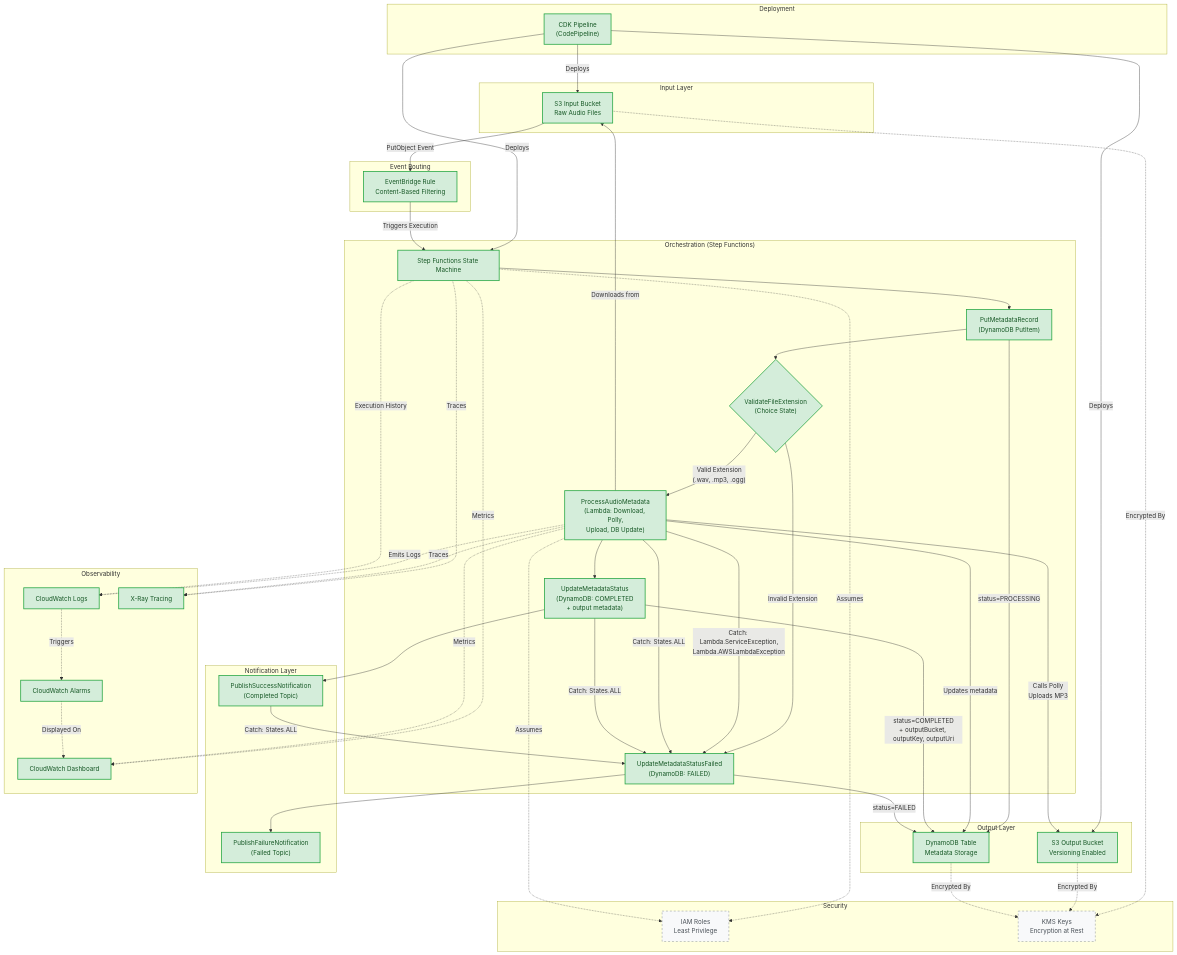
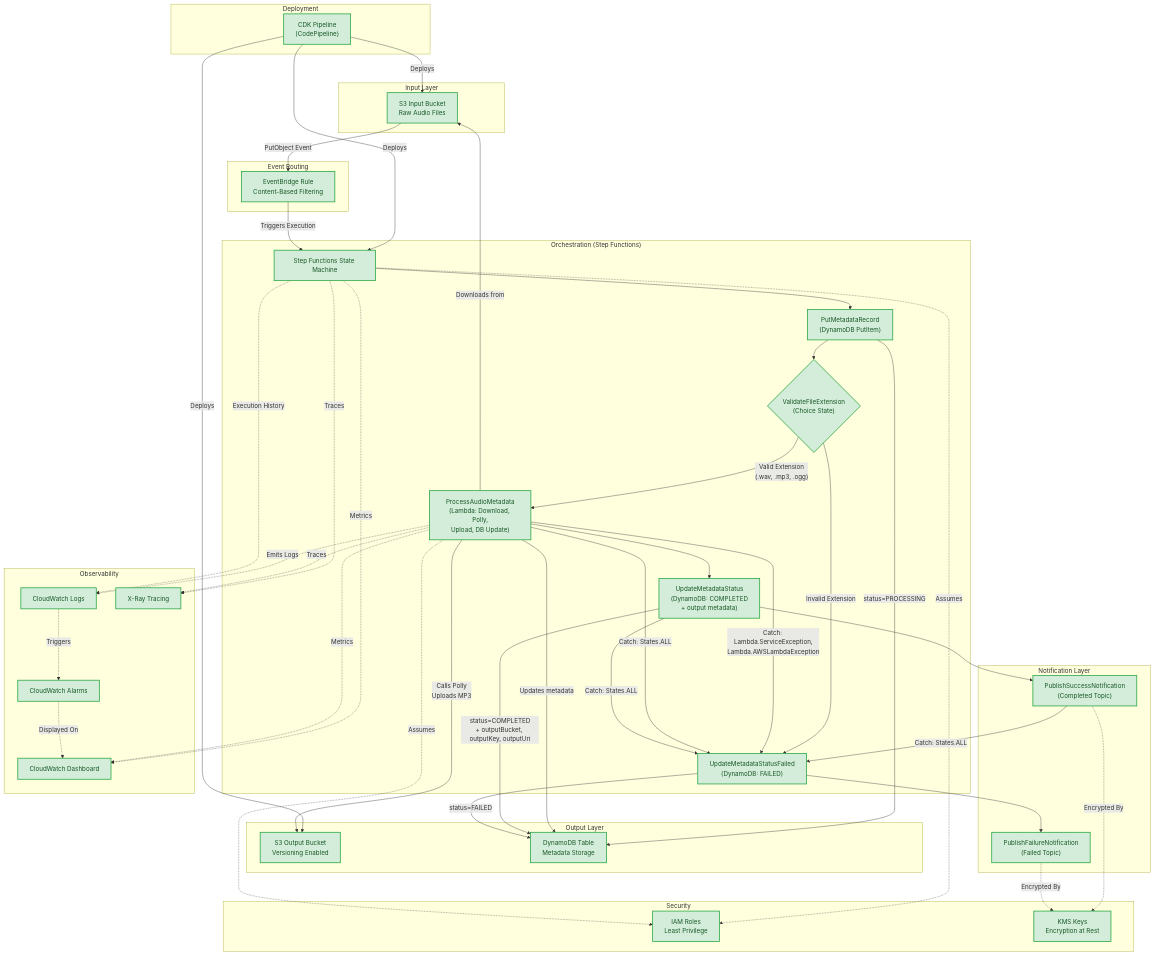
Before and after one commit to obstreperous-ai/cdk-sleep-java-kiro: the diagram in ARCHITECTURE.md, drawn with Mermaid. The commit also changed other lines of this file and 5 other files, not shown here.

````diff
--- a/ARCHITECTURE.md
+++ b/ARCHITECTURE.md
@@ -422,20 +422,13 @@
     ProcessAudio -.->|"Metrics"| CWDashboard
 
     %% Security connections
-    S3Input -.->|"Encrypted By"| KMSKeys
-    S3Output -.->|"Encrypted By"| KMSKeys
-    DDB -.->|"Encrypted By"| KMSKeys
+    SuccessPath -.->|"Encrypted By"| KMSKeys
+    ErrorPath -.->|"Encrypted By"| KMSKeys
     SFN -.->|"Assumes"| IAMRoles
     ProcessAudio -.->|"Assumes"| IAMRoles
 
-    %% Styling: Green for implemented components, gray/dashed for planned
+    %% Styling: Green for all implemented components
     classDef implemented fill:#d4edda,stroke:#28a745,stroke-width:2px,color:#155724
-    classDef planned fill:#f8f9fa,stroke:#6c757d,stroke-width:1px,stroke-dasharray:5 5,color:#495057
 
-    class S3Input,S3Output,EBRule,SFN,PutMetadata,ValidateExt,ProcessAudio,UpdateCompleted,UpdateFailed,DDB,SuccessPath,ErrorPath,CDKPipeline,CWLogs,CWAlarms,XRay,CWDashboard implemented
-    class IAMRoles,KMSKeys planned
-
-    %% Legend:
-    %% Green (solid border) = Implemented
-    %% Gray (dashed border) = Planned
+    class S3Input,S3Output,EBRule,SFN,PutMetadata,ValidateExt,ProcessAudio,UpdateCompleted,UpdateFailed,DDB,SuccessPath,ErrorPath,CDKPipeline,CWLogs,CWAlarms,XRay,CWDashboard,IAMRoles,KMSKeys implemented
 ```
````
